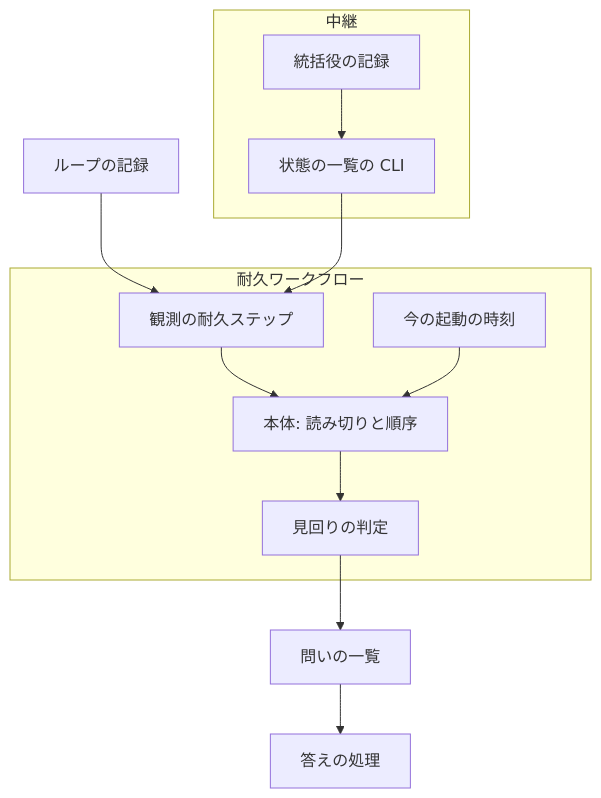
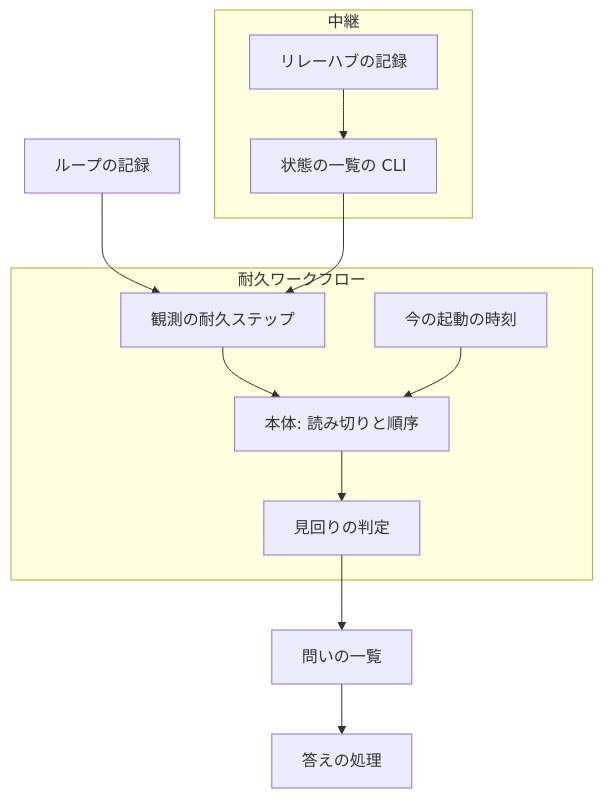
One commit to devbasex/ai-plugins changed the first of 6 diagrams in issues/issue-2649-design.md. Above: the diagram before and after it, drawn with Mermaid. The commit also changed other lines of this file and 1 other file, not shown here.

````diff
--- a/issues/issue-2649-design.md
+++ b/issues/issue-2649-design.md
@@ -115,21 +115,21 @@
 ```mermaid
 graph TD
     subgraph 中継
-        A[統括役の記録]
+        A[リレーハブの記録]
         B[状態の一覧の CLI]
         A --> B
     end
     subgraph 耐久ワークフロー
         C[観測の耐久ステップ]
         D[本体: 読み切りと順序]
         E[見回りの判定]
         F[今の起動の時刻]
         C --> D
         F --> D
         D --> E
     end
     G[ループの記録] --> C
     B --> C
     E --> H[問いの一覧]
     H --> I[答えの処理]
 ```
````
